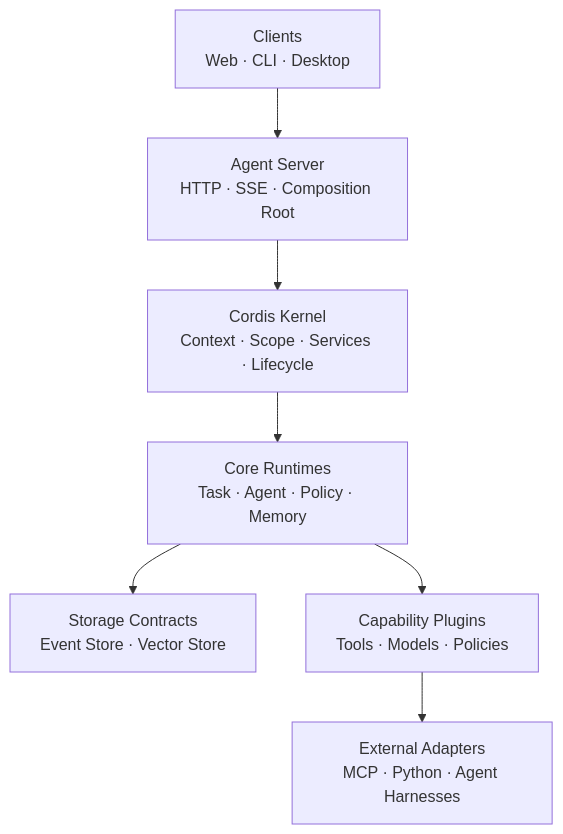
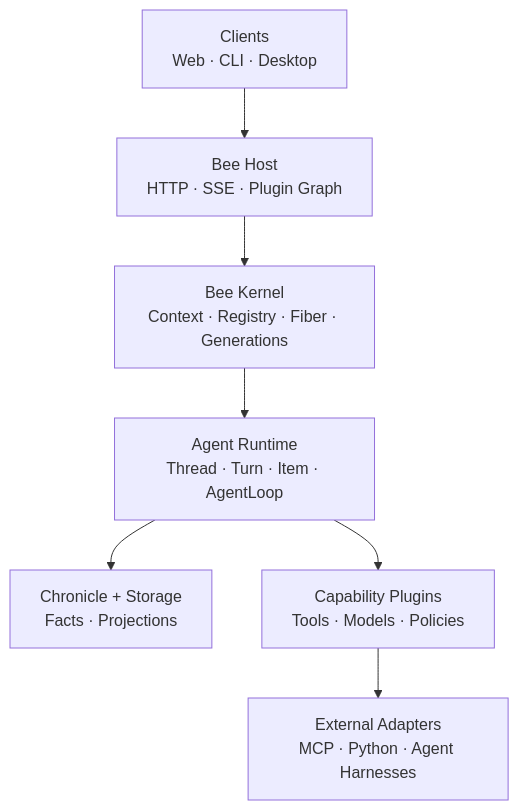
The diagram in README.md (darifo/bee-agent), drawn with Mermaid before and after one commit. The commit also changed other lines of this file and 50 other files, not shown here.

Commit message:
refactor(kernel): adopt Cordis-derived runtime generations

````diff
--- a/README.md
+++ b/README.md
@@ -73,17 +73,17 @@
 ```mermaid
 flowchart TB
   clients["Clients<br/>Web · CLI · Desktop"]
-  server["Agent Server<br/>HTTP · SSE · Composition Root"]
-  kernel["Cordis Kernel<br/>Context · Scope · Services · Lifecycle"]
-  runtime["Core Runtimes<br/>Task · Agent · Policy · Memory"]
-  storage["Storage Contracts<br/>Event Store · Vector Store"]
+  server["Bee Host<br/>HTTP · SSE · Plugin Graph"]
+  kernel["Bee Kernel<br/>Context · Registry · Fiber · Generations"]
+  runtime["Agent Runtime<br/>Thread · Turn · Item · AgentLoop"]
+  storage["Chronicle + Storage<br/>Facts · Projections"]
   plugins["Capability Plugins<br/>Tools · Models · Policies"]
   adapters["External Adapters<br/>MCP · Python · Agent Harnesses"]
 
   clients --> server
   server --> kernel
   kernel --> runtime
   runtime --> storage
   runtime --> plugins
   plugins --> adapters
 ```
````
